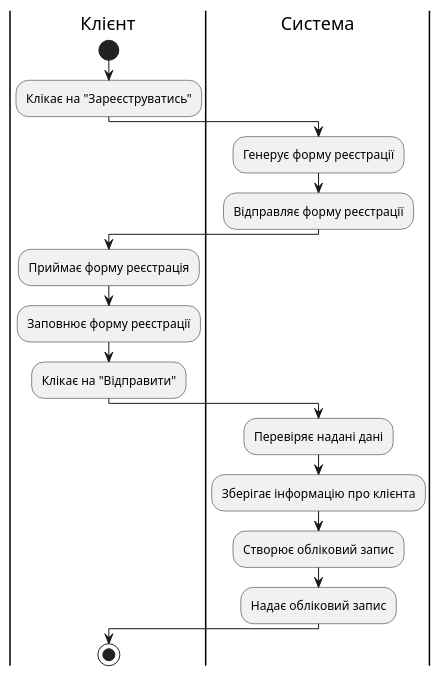
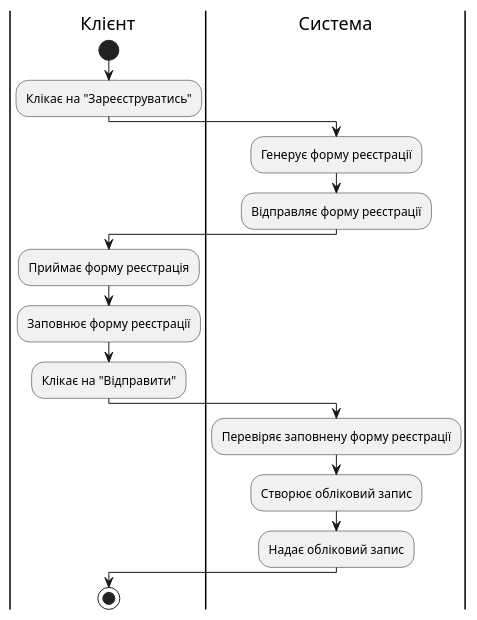
The seventh of 16 diagrams in docs/use cases/README.md (YehorSeniuk/IOO), drawn with PlantUML before and after one commit. The commit also changed other lines of this file, not shown here.

```diff
--- a/docs/use cases/README.md
+++ b/docs/use cases/README.md
@@ -116,23 +116,22 @@
 @startuml
 |Клієнт|
 start;
 :Клікає на "Зареєструватись";
 
 |Система|
 :Генерує форму реєстрації;
 :Відправляє форму реєстрації;
 
 |Клієнт|
 :Приймає форму реєстрація;
 :Заповнює форму реєстрації;
 :Клікає на "Відправити";
 
 |Система|
-:Перевіряє надані дані;
-:Зберігає інформацію про клієнта;
+:Перевіряє заповнену форму реєстрації;
 :Створює обліковий запис;
 :Надає обліковий запис;
 
 |Клієнт|
 stop;
 @enduml
```
